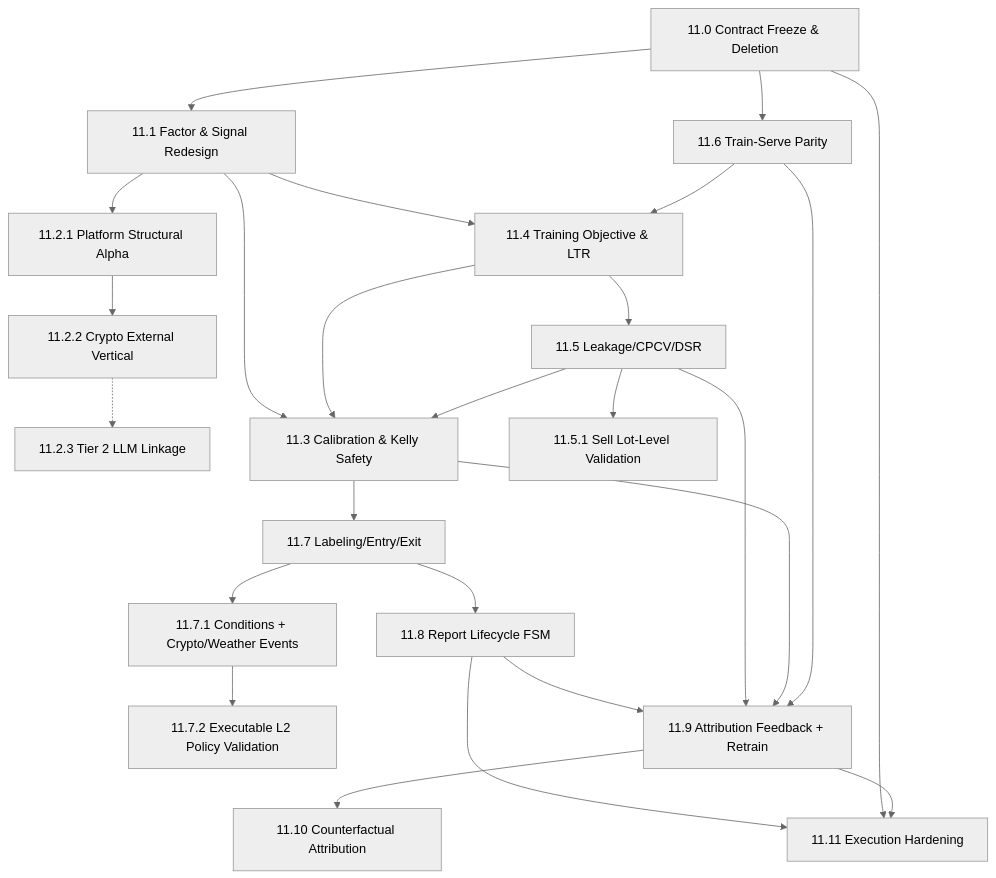
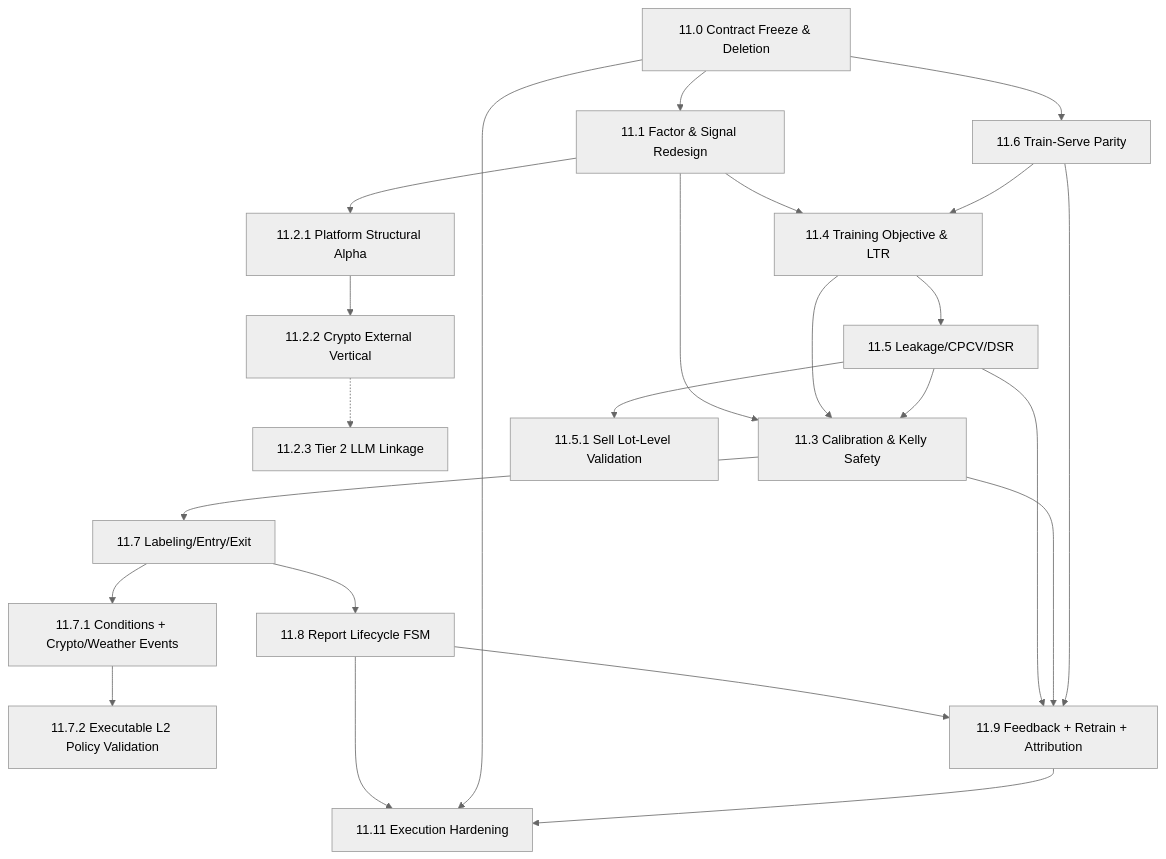
One commit to solomon-ssy/oxide-arb changed the diagram in docs/plans/quant-pivot/phase-11/README.md. Above: the diagram before and after it, drawn with Mermaid (neutral theme). The commit also changed other lines of this file and 335 other files, not shown here.

Commit message:
feat(core,models,repository,migration,api,research,web,system-tests,docs,ui): ✅ Close Phase 11.9 W5 — truth freeze, durable feedback scheduler, attribution, weather 8-family, and model-route governance

````diff
--- a/docs/plans/quant-pivot/phase-11/README.md
+++ b/docs/plans/quant-pivot/phase-11/README.md
@@ -148,45 +147,43 @@
 ```mermaid
 flowchart TD
     P110["11.0 Contract Freeze & Deletion"]
     P111["11.1 Factor & Signal Redesign"]
     P1121["11.2.1 Platform Structural Alpha"]
     P1122["11.2.2 Crypto External Vertical"]
     P1123["11.2.3 Tier 2 LLM Linkage"]
     P113["11.3 Calibration & Kelly Safety"]
     P114["11.4 Training Objective & LTR"]
     P115["11.5 Leakage/CPCV/DSR"]
     P1151["11.5.1 Sell Lot-Level Validation"]
     P116["11.6 Train-Serve Parity"]
     P117["11.7 Labeling/Entry/Exit"]
     P1171["11.7.1 Conditions + Crypto/Weather Events"]
     P1172["11.7.2 Executable L2 Policy Validation"]
     P118["11.8 Report Lifecycle FSM"]
-    P119["11.9 Attribution Feedback + Retrain"]
-    P1110["11.10 Counterfactual Attribution"]
+    P119["11.9 Feedback + Retrain + Attribution"]
     P1111["11.11 Execution Hardening"]
 
     P110 --> P111
     P110 --> P116
     P111 --> P1121
     P1121 --> P1122
     P1122 -.-> P1123
     P111 --> P114
     P116 --> P114
     P114 --> P115
     P111 --> P113
     P114 --> P113
     P115 --> P113
     P115 --> P1151
     P113 --> P117
     P117 --> P1171
     P1171 --> P1172
     P117 --> P118
     P118 --> P119
     P118 --> P1111
     P115 --> P119
     P113 --> P119
     P116 --> P119
-    P119 --> P1110
     P110 --> P1111
     P119 --> P1111
 ```
````
